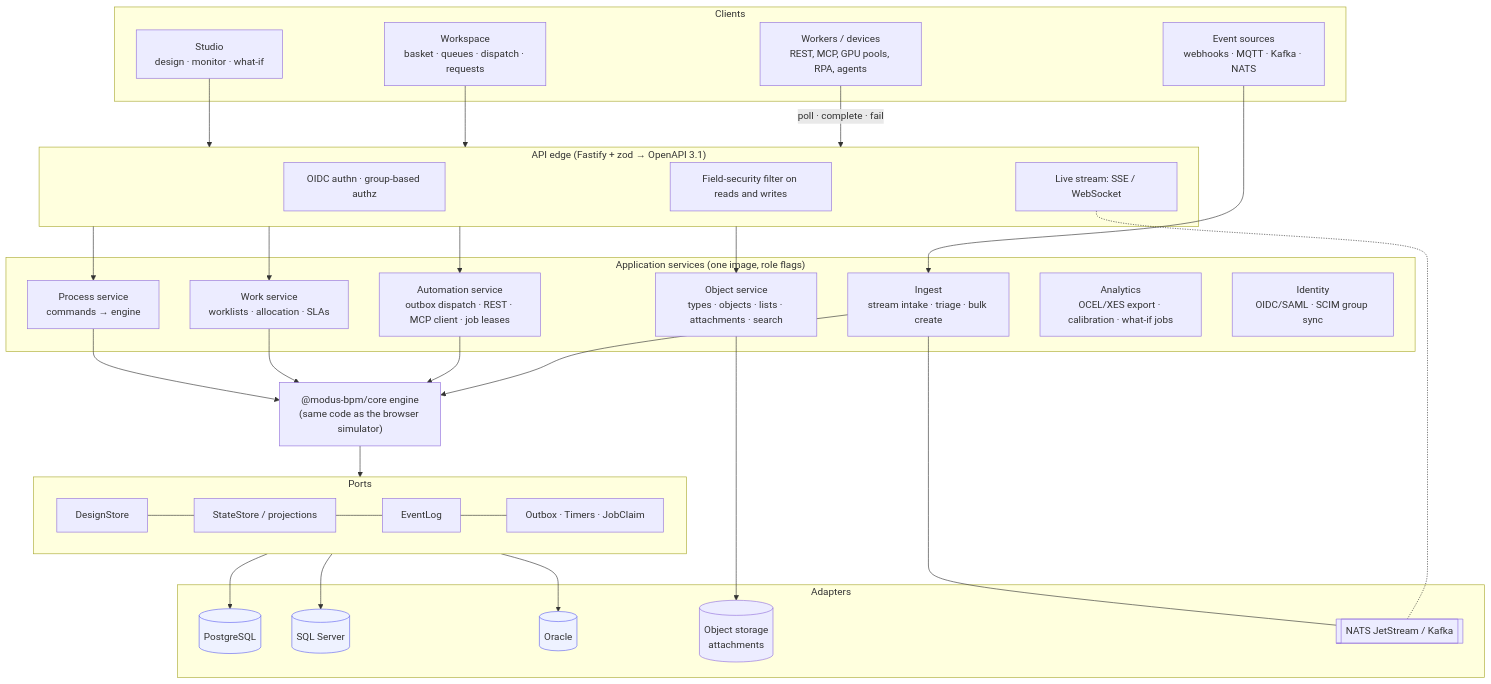
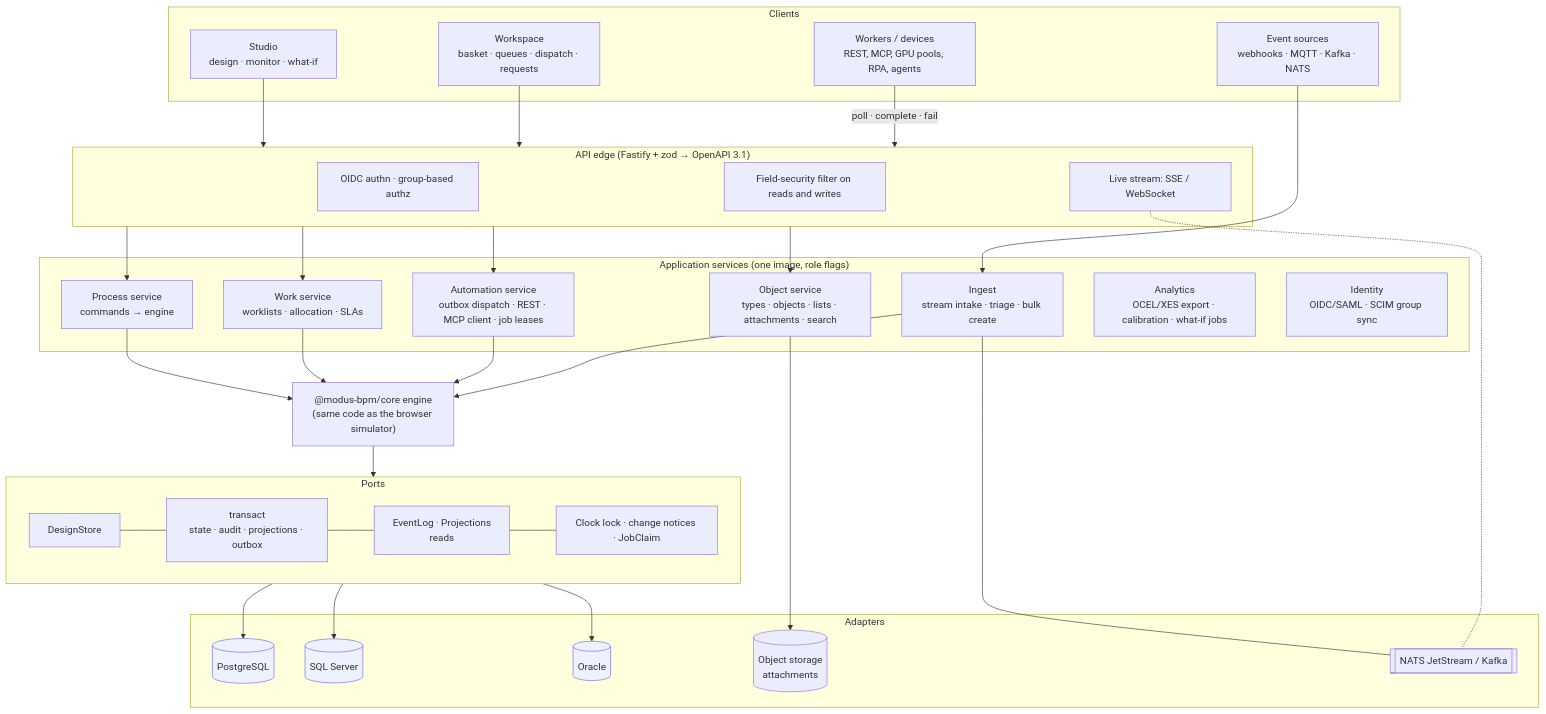
Before and after one commit to empowerment-ai/modus: the second of 5 diagrams in docs/ARCHITECTURE.md, drawn with Mermaid. The commit also changed other lines of this file and 8 other files, not shown here.

First line of the commit message:
docs: M2 transactions done — projections, outbox, durable clock, several replicas on Postgres

````diff
--- a/docs/ARCHITECTURE.md
+++ b/docs/ARCHITECTURE.md
@@ -208,45 +208,45 @@
 ```mermaid
 flowchart TB
   subgraph Clients
     ST[Studio<br/>design · monitor · what-if]
     WS[Workspace<br/>basket · queues · dispatch · requests]
     WK[Workers / devices<br/>REST, MCP, GPU pools, RPA, agents]
     EV[Event sources<br/>webhooks · MQTT · Kafka · NATS]
   end
   subgraph Edge["API edge (Fastify + zod → OpenAPI 3.1)"]
     AUTH[OIDC authn · group-based authz]
     FS[Field-security filter on reads and writes]
     SSE[Live stream: SSE / WebSocket]
   end
   subgraph Services["Application services (one image, role flags)"]
     PS[Process service<br/>commands → engine]
     WSV[Work service<br/>worklists · allocation · SLAs]
     OS[Object service<br/>types · objects · lists · attachments · search]
     AS[Automation service<br/>outbox dispatch · REST · MCP client · job leases]
     IN[Ingest<br/>stream intake · triage · bulk create]
     AN[Analytics<br/>OCEL/XES export · calibration · what-if jobs]
     ID[Identity<br/>OIDC/SAML · SCIM group sync]
   end
   CORE["@modus-bpm/core engine<br/>(same code as the browser simulator)"]
   subgraph Ports
-    P1[DesignStore] --- P2[StateStore / projections] --- P3[EventLog] --- P4[Outbox · Timers · JobClaim]
+    P1[DesignStore] --- P2[transact<br/>state · audit · projections · outbox] --- P3[EventLog · Projections<br/>reads] --- P4[Clock lock · change notices · JobClaim]
   end
   subgraph Adapters
     PG[(PostgreSQL)]:::db
     MS[(SQL Server)]:::db
     OR[(Oracle)]:::db
     OBJ[(Object storage<br/>attachments)]
     BUS[[NATS JetStream / Kafka]]
   end
   ST & WS --> Edge
   WK -->|poll · complete · fail| Edge
   EV --> IN
   Edge --> PS & WSV & OS & AS
   PS & WSV & AS & IN --> CORE
   CORE --> Ports
   Ports --> PG & MS & OR
   OS --> OBJ
   IN --- BUS
   SSE -.- BUS
   classDef db fill:#eef2ff,stroke:#6366f1
 ```
````
